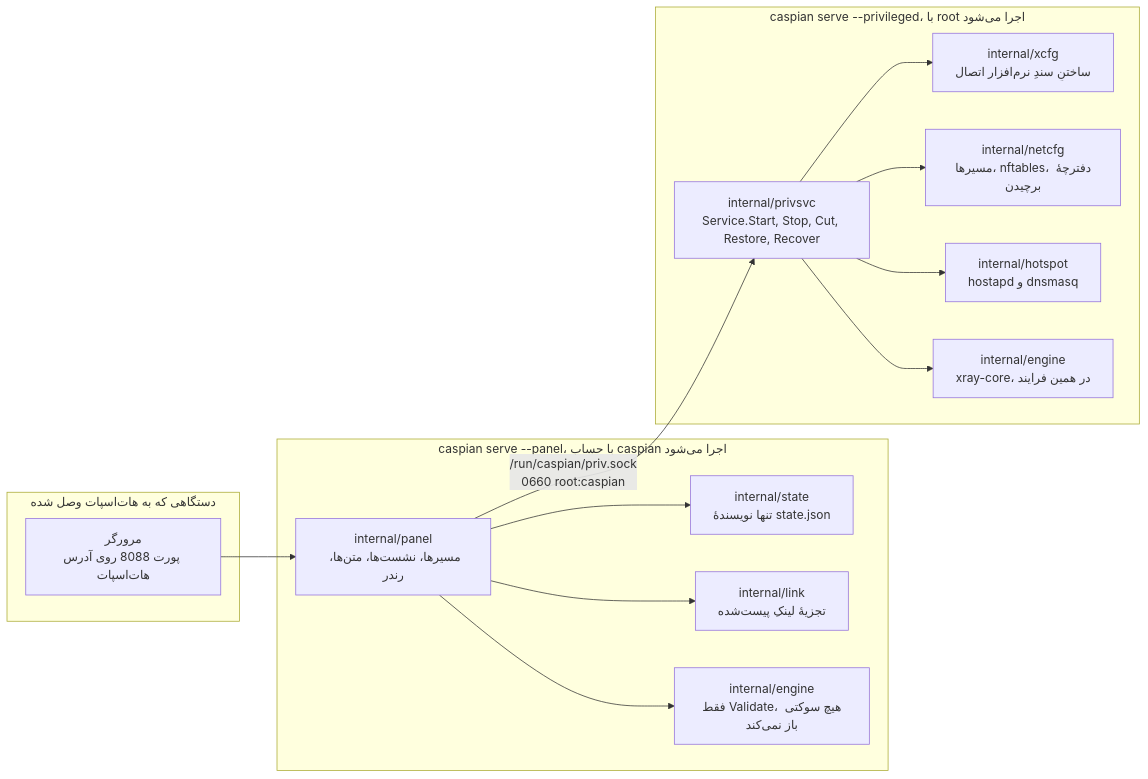
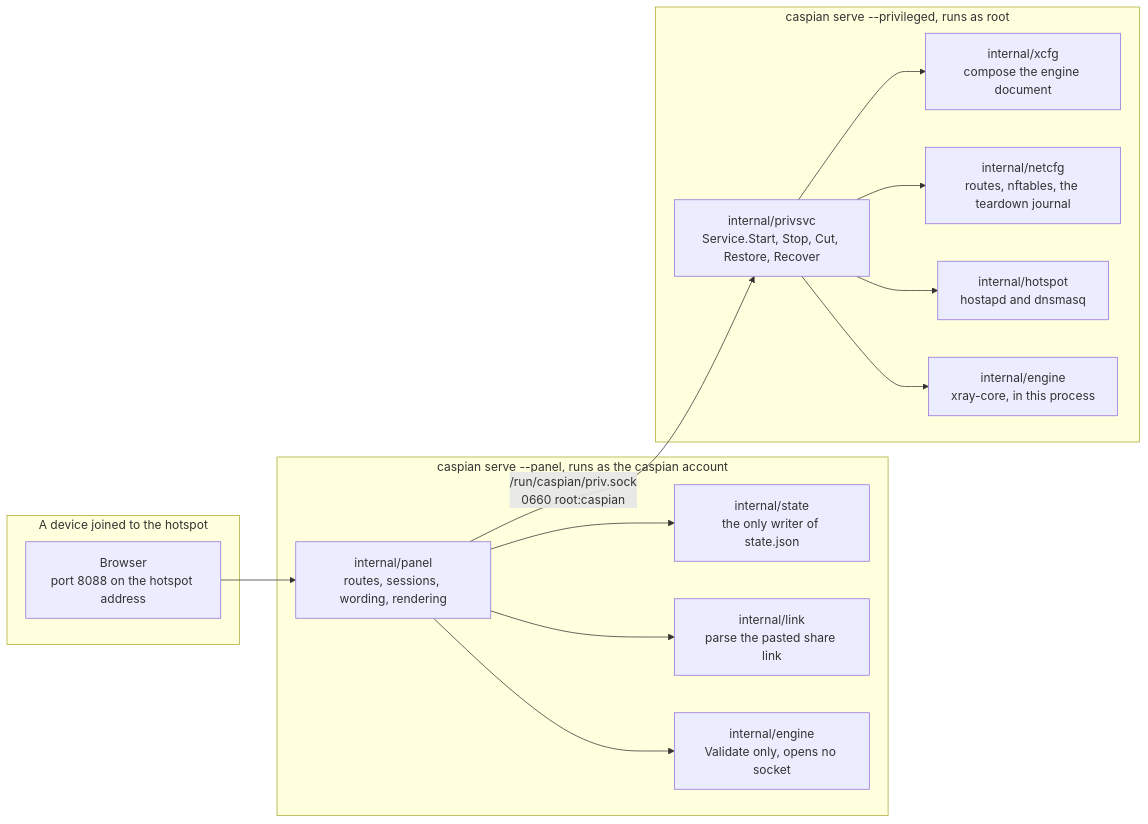
The first of 8 diagrams in docs/wiki/Architecture.fa.md (Iman/caspian), drawn with Mermaid before and after one commit. The commit also changed other lines of this file and 149 other files, not shown here.

````diff
--- a/docs/wiki/Architecture.fa.md
+++ b/docs/wiki/Architecture.fa.md
@@ -27,31 +30,31 @@
 ```mermaid
 flowchart LR
-    subgraph device["دستگاهی که به هات‌اسپات وصل شده"]
-        BR["مرورگر<br/>پورت 8088 روی آدرس هات‌اسپات"]
+    subgraph device["A device joined to the hotspot"]
+        BR["Browser<br/>port 8088 on the hotspot address"]
     end
 
-    subgraph panelproc["caspian serve --panel، با حساب caspian اجرا می‌شود"]
-        PANEL["internal/panel<br/>مسیرها، نشست‌ها، متن‌ها، رندر"]
-        STATE["internal/state<br/>تنها نویسندهٔ state.json"]
-        LINK1["internal/link<br/>تجزیهٔ لینکِ پیست‌شده"]
-        ENG1["internal/engine<br/>فقط Validate، هیچ سوکتی باز نمی‌کند"]
+    subgraph panelproc["caspian serve --panel, runs as the caspian account"]
+        PANEL["internal/panel<br/>routes, sessions, wording, rendering"]
+        STATE["internal/state<br/>the only writer of state.json"]
+        LINK1["internal/link<br/>parse the pasted share link"]
+        ENG1["internal/engine<br/>Validate only, opens no socket"]
     end
 
-    subgraph privproc["caspian serve --privileged، با root اجرا می‌شود"]
+    subgraph privproc["caspian serve --privileged, runs as root"]
         SVC["internal/privsvc<br/>Service.Start, Stop, Cut, Restore, Recover"]
-        XCFG["internal/xcfg<br/>ساختنِ سندِ نرم‌افزار اتصال"]
-        NETCFG["internal/netcfg<br/>مسیرها، nftables، دفترچهٔ برچیدن"]
-        HOT["internal/hotspot<br/>hostapd و dnsmasq"]
-        ENG2["internal/engine<br/>xray-core، در همین فرایند"]
+        XCFG["internal/xcfg<br/>compose the engine document"]
+        NETCFG["internal/netcfg<br/>routes, nftables, the teardown journal"]
+        HOT["internal/hotspot<br/>hostapd and dnsmasq"]
+        ENG2["internal/engine<br/>xray-core, in this process"]
     end
 
     BR --> PANEL
     PANEL --> STATE
     PANEL --> LINK1
     PANEL --> ENG1
     PANEL -->|"/run/caspian/priv.sock<br/>0660 root:caspian"| SVC
     SVC --> XCFG
     SVC --> NETCFG
     SVC --> HOT
     SVC --> ENG2
 ```
````
